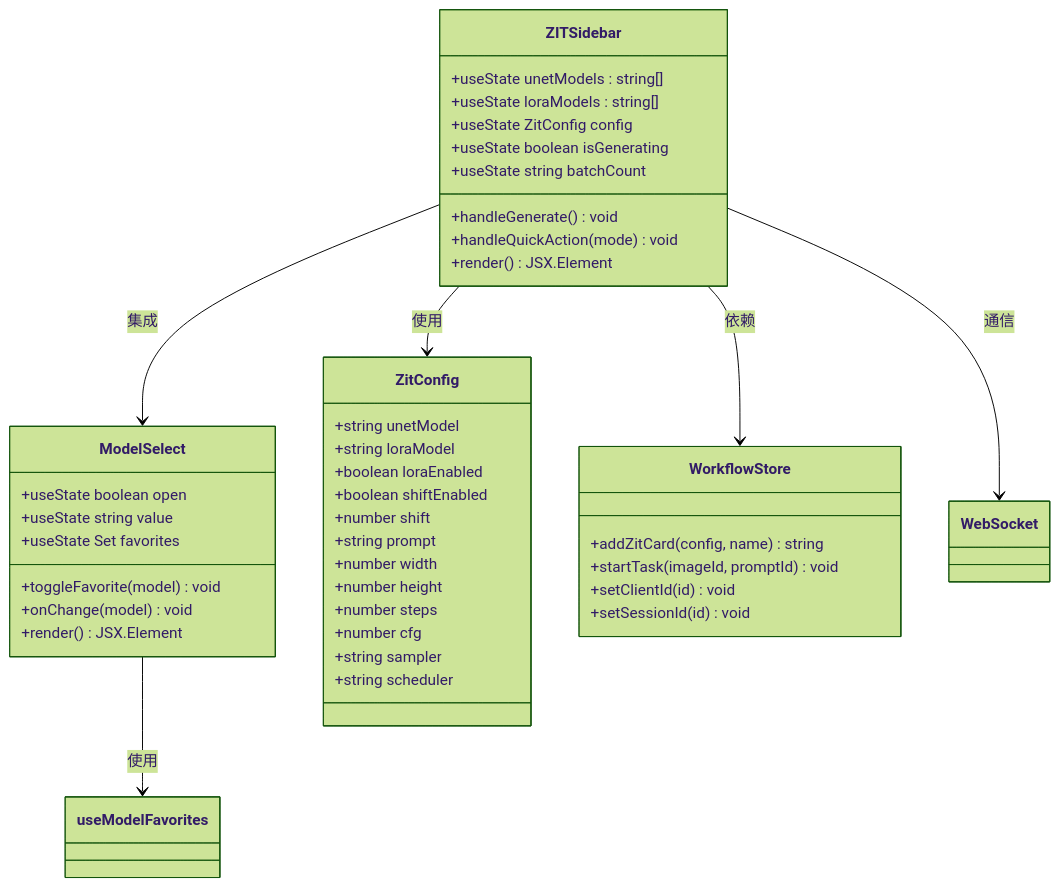
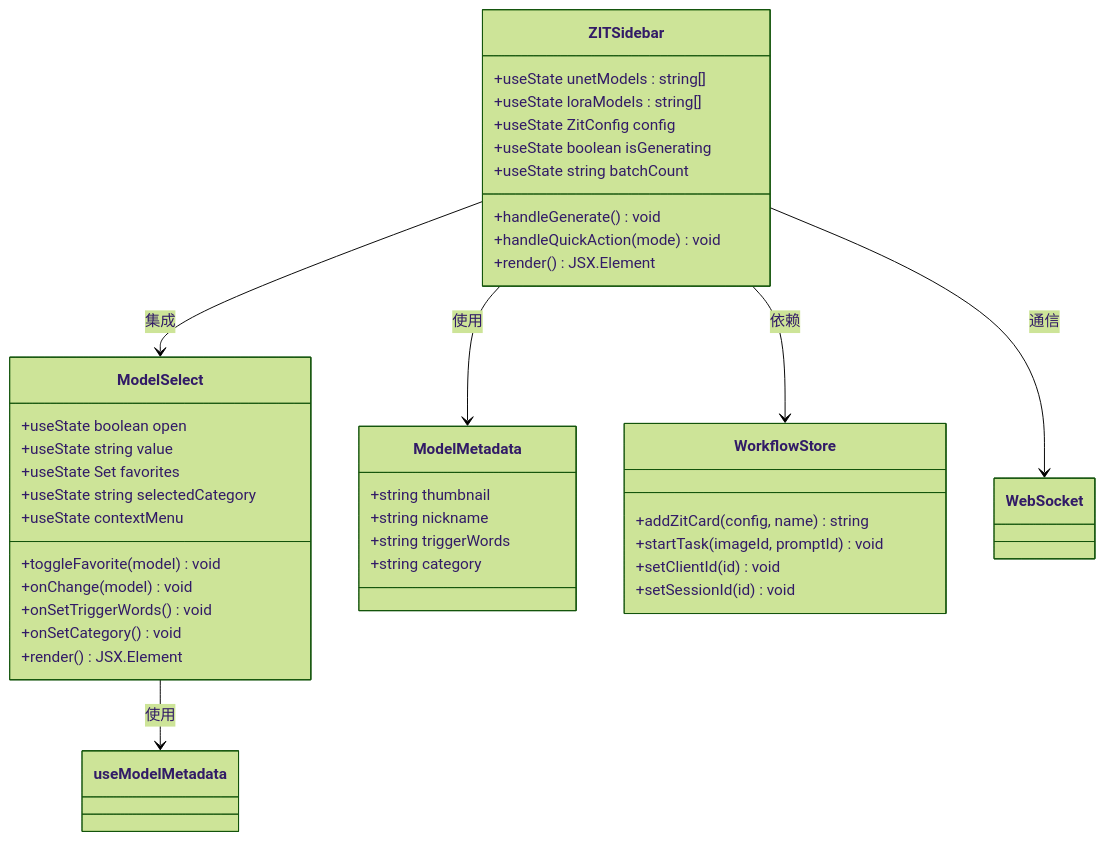
The third of 9 diagrams in .qoder/repowiki/zh/content/用户界面组件/控制面板组件/ZIT快出侧边栏.md (billye220670/CorineKit_Pix2Real), drawn with Mermaid (forest theme) before and after one commit. The commit also changed other lines of this file and 11 other files, not shown here.

````diff
--- a/.qoder/repowiki/zh/content/用户界面组件/控制面板组件/ZIT快出侧边栏.md
+++ b/.qoder/repowiki/zh/content/用户界面组件/控制面板组件/ZIT快出侧边栏.md
@@ -163,46 +182,42 @@
 ```mermaid
 classDiagram
 class ZITSidebar {
 +useState unetModels : string[]
 +useState loraModels : string[]
 +useState ZitConfig config
 +useState boolean isGenerating
 +useState string batchCount
 +handleGenerate() void
 +handleQuickAction(mode) void
 +render() JSX.Element
 }
 class ModelSelect {
 +useState boolean open
 +useState string value
 +useState Set favorites
++useState string selectedCategory
++useState contextMenu
 +toggleFavorite(model) void
 +onChange(model) void
++onSetTriggerWords() void
++onSetCategory() void
 +render() JSX.Element
 }
-class ZitConfig {
-+string unetModel
-+string loraModel
-+boolean loraEnabled
-+boolean shiftEnabled
-+number shift
-+string prompt
-+number width
-+number height
-+number steps
-+number cfg
-+string sampler
-+string scheduler
+class ModelMetadata {
++string thumbnail
++string nickname
++string triggerWords
++string category
 }
 class WorkflowStore {
 +addZitCard(config, name) string
 +startTask(imageId, promptId) void
 +setClientId(id) void
 +setSessionId(id) void
 }
 ZITSidebar --> ModelSelect : 集成
-ZITSidebar --> ZitConfig : 使用
+ZITSidebar --> ModelMetadata : 使用
 ZITSidebar --> WorkflowStore : 依赖
 ZITSidebar --> WebSocket : 通信
-ModelSelect --> useModelFavorites : 使用
+ModelSelect --> useModelMetadata : 使用
 ```
````
